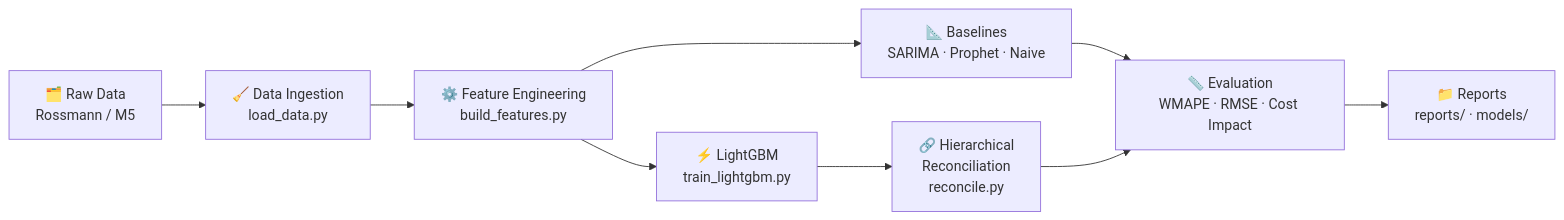
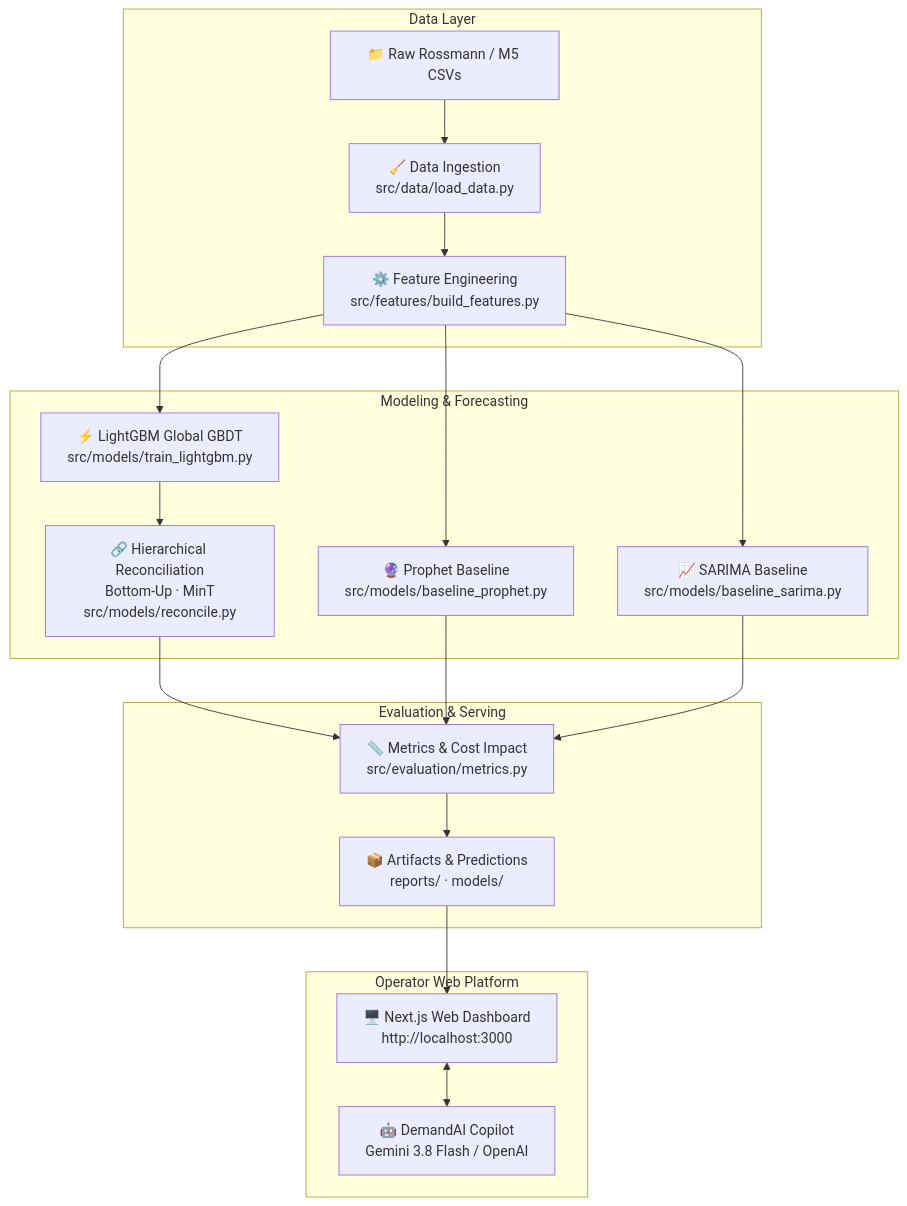
One commit to Piyush314159/DemandCast-Retail_demand_forcasting-Inventory_optimization changed the diagram in README.md. Above: the diagram before and after it, drawn with Mermaid. The commit also changed other lines of this file and 3 other files, not shown here.

````diff
--- a/README.md
+++ b/README.md
@@ -45,11 +79,26 @@
 ```mermaid
-flowchart LR
-    A[🗂️ Raw Data\nRossmann / M5] --> B[🧹 Data Ingestion\nload_data.py]
-    B --> C[⚙️ Feature Engineering\nbuild_features.py]
-    C --> D1[📐 Baselines\nSARIMA · Prophet · Naive]
-    C --> D2[⚡ LightGBM\ntrain_lightgbm.py]
-    D1 --> E[📏 Evaluation\nWMAPE · RMSE · Cost Impact]
-    D2 --> F[🔗 Hierarchical\nReconciliation\nreconcile.py]
-    F --> E
-    E --> G[📁 Reports\nreports/ · models/]
+flowchart TD
+    subgraph Data Layer
+        A1[📁 Raw Rossmann / M5 CSVs] --> B[🧹 Data Ingestion\nsrc/data/load_data.py]
+        B --> C[⚙️ Feature Engineering\nsrc/features/build_features.py]
+    end
+
+    subgraph Modeling & Forecasting
+        C --> D1[⚡ LightGBM Global GBDT\nsrc/models/train_lightgbm.py]
+        C --> D2[🔮 Prophet Baseline\nsrc/models/baseline_prophet.py]
+        C --> D3[📈 SARIMA Baseline\nsrc/models/baseline_sarima.py]
+        D1 --> E[🔗 Hierarchical Reconciliation\nBottom-Up · MinT\nsrc/models/reconcile.py]
+    end
+
+    subgraph Evaluation & Serving
+        E --> F[📏 Metrics & Cost Impact\nsrc/evaluation/metrics.py]
+        D2 --> F
+        D3 --> F
+        F --> G[📦 Artifacts & Predictions\nreports/ · models/]
+    end
+
+    subgraph Operator Web Platform
+        G --> H[🖥️ Next.js Web Dashboard\nhttp://localhost:3000]
+        H <--> I[🤖 DemandAI Copilot\nGemini 3.8 Flash / OpenAI]
+    end
 ```
````
